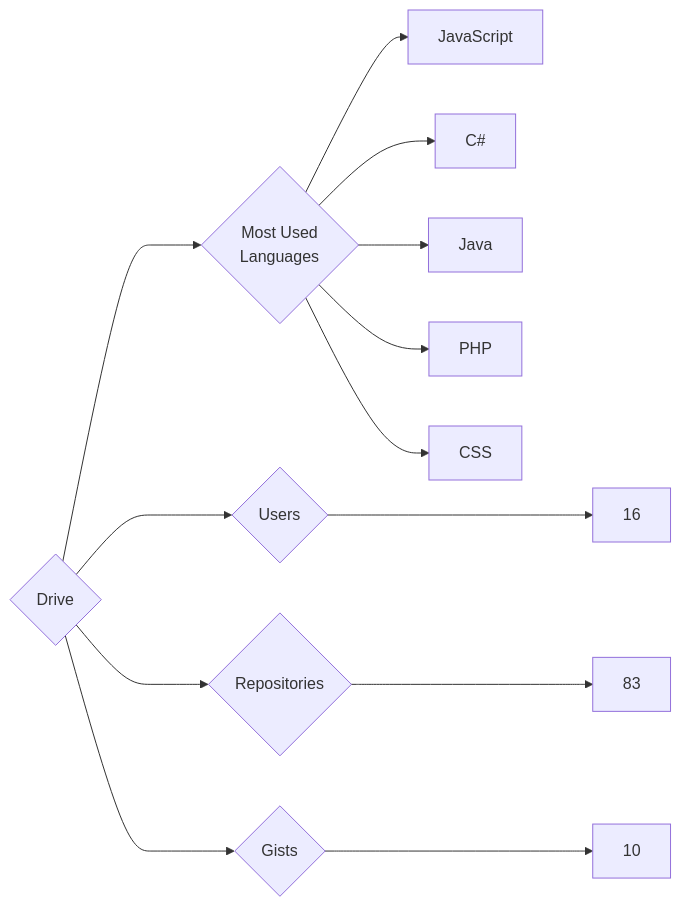
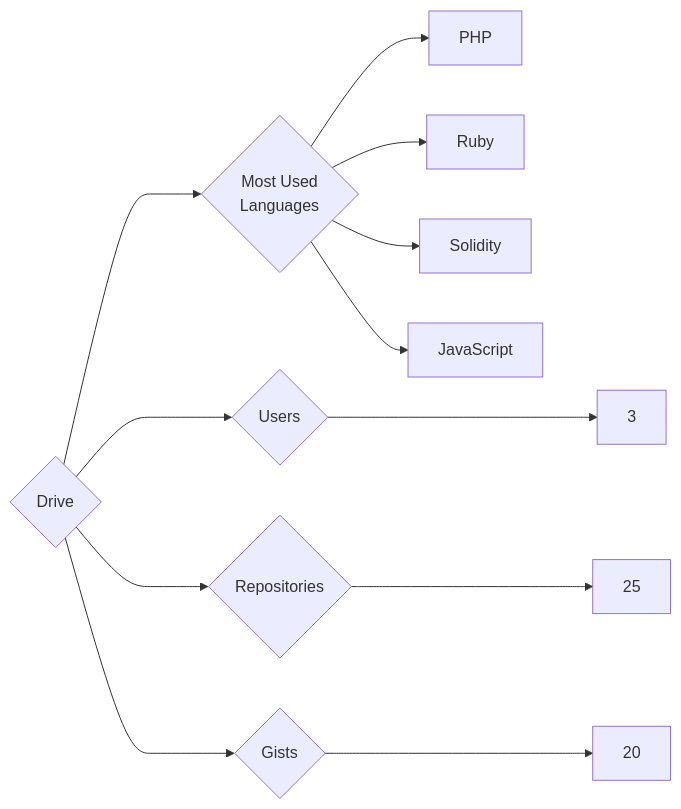
Before and after one commit to trickest/insiders: the diagram in targets/Drive/README.md, drawn with Mermaid. The commit also changed 611 other files, not shown here.

````diff
--- a/targets/Drive/README.md
+++ b/targets/Drive/README.md
@@ -3,13 +3,12 @@
 ```mermaid
 graph LR
 COMPANY_NAME{Drive}
-COMPANY_NAME ---> U{Users} ---> UN[16]
-COMPANY_NAME ---> R{Repositories} ---> RN[83]
-COMPANY_NAME ---> G{Gists} ---> GN[10]
+COMPANY_NAME ---> U{Users} ---> UN[3]
+COMPANY_NAME ---> R{Repositories} ---> RN[25]
+COMPANY_NAME ---> G{Gists} ---> GN[20]
 COMPANY_NAME ---> ML{Most Used<br>Languages}
+ML --> PHP[PHP]
+ML --> Ruby[Ruby]
+ML --> Solidity[Solidity]
 ML --> JavaScript[JavaScript]
-ML --> C#[C#]
-ML --> Java[Java]
-ML --> PHP[PHP]
-ML --> CSS[CSS]
 ```
````
